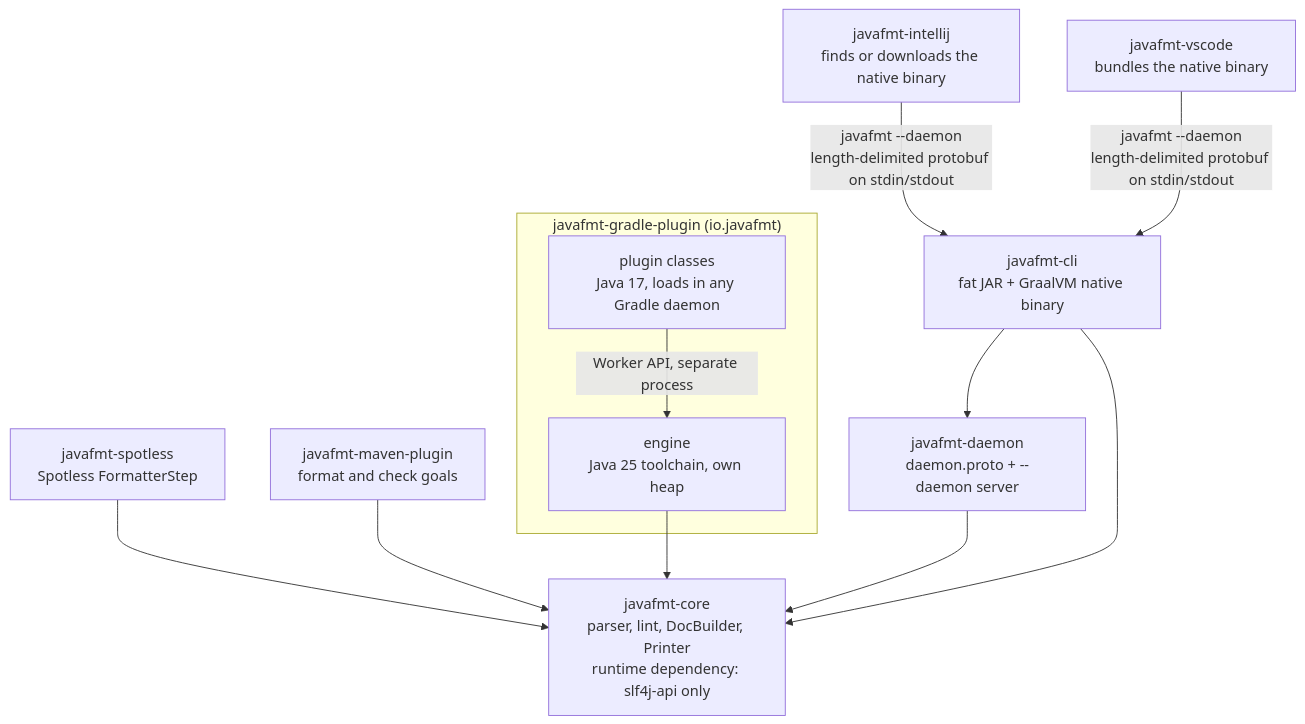
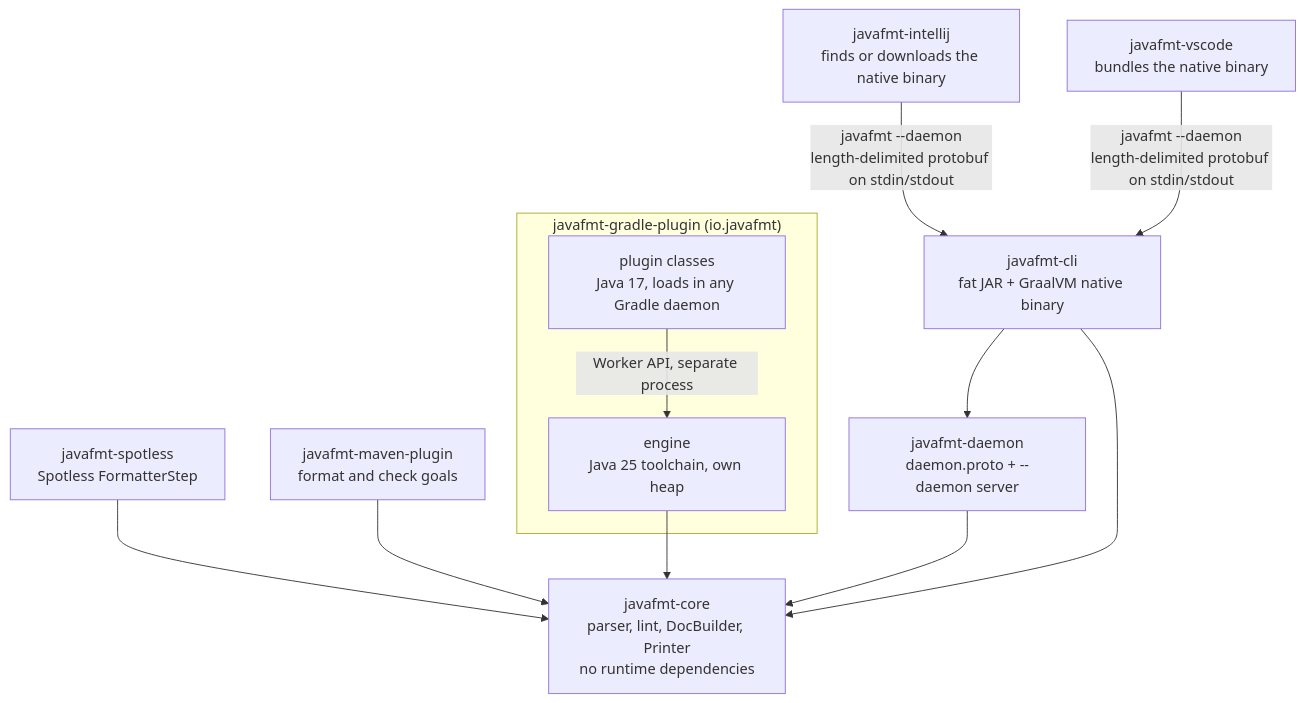
Before and after one commit to javafmt-io/javafmt: the second of 2 diagrams in ARCHITECTURE.md, drawn with Mermaid. The commit also changed 4 other files, not shown here.

````diff
--- a/ARCHITECTURE.md
+++ b/ARCHITECTURE.md
@@ -22,19 +22,19 @@
 ```mermaid
 flowchart TB
-    core["javafmt-core<br/>parser, lint, DocBuilder, Printer<br/>runtime dependency: slf4j-api only"]
+    core["javafmt-core<br/>parser, lint, DocBuilder, Printer<br/>no runtime dependencies"]
 
     spotless["javafmt-spotless<br/>Spotless FormatterStep"] --> core
     maven["javafmt-maven-plugin<br/>format and check goals"] --> core
 
     subgraph gradle["javafmt-gradle-plugin (io.javafmt)"]
         plugin["plugin classes<br/>Java 17, loads in any Gradle daemon"] -- "Worker API, separate process" --> engine["engine<br/>Java 25 toolchain, own heap"]
     end
     engine --> core
 
     daemon["javafmt-daemon<br/>daemon.proto + --daemon server"] --> core
     cli["javafmt-cli<br/>fat JAR + GraalVM native binary"] --> core
     cli --> daemon
 
     intellij["javafmt-intellij<br/>finds or downloads the native binary"] -- "javafmt --daemon<br/>length-delimited protobuf on stdin/stdout" --> cli
     vscode["javafmt-vscode<br/>bundles the native binary"] -- "javafmt --daemon<br/>length-delimited protobuf on stdin/stdout" --> cli
 ```
````
